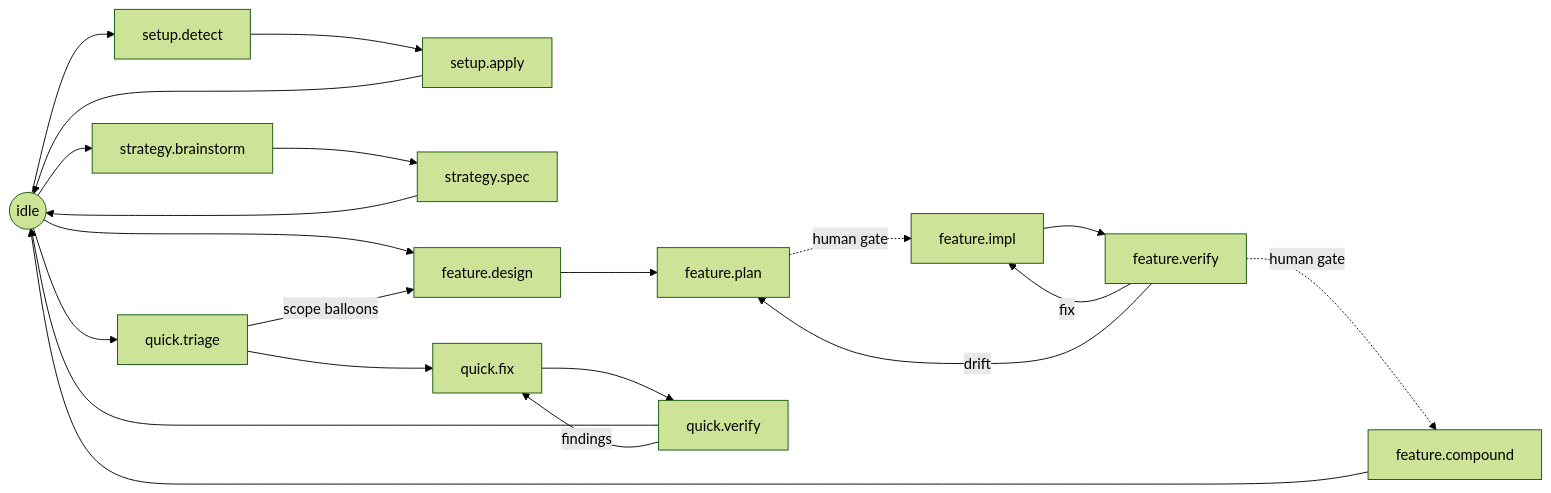
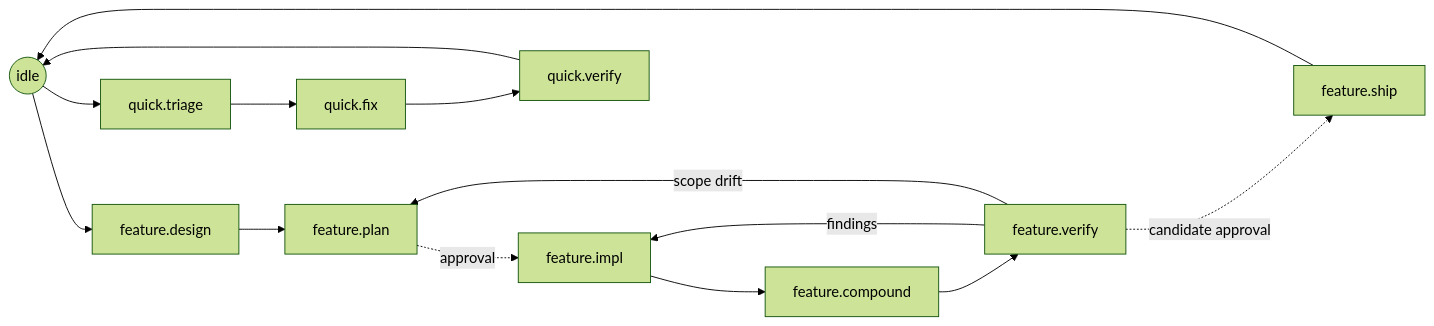
One commit to LennardZuendorf/vibe changed the diagram in docs/spec/parts/flow/flows/workflow-surface.md. Above: the diagram before and after it, drawn with Mermaid (forest theme). The commit also changed other lines of this file and 598 other files, not shown here.

Commit message:
feat(flow): implement flow-workflow/1-6,8

````diff
--- a/docs/spec/parts/flow/flows/workflow-surface.md
+++ b/docs/spec/parts/flow/flows/workflow-surface.md
@@ -29,14 +31,10 @@
 ```mermaid
 flowchart LR
-    I((idle)) --> SD[setup.detect] --> SA[setup.apply] --> I
-    I --> SB[strategy.brainstorm] --> SS[strategy.spec]
-    SS --> I
-    I --> FD[feature.design] --> FP[feature.plan]
-    FP -. human gate .-> FI[feature.impl] --> FV[feature.verify]
-    FV -. human gate .-> FC[feature.compound] --> I
-    FV -->|fix| FI
-    FV -->|drift| FP
+    I((idle)) --> FD[feature.design] --> FP[feature.plan]
+    FP -. approval .-> FI[feature.impl] --> FC[feature.compound]
+    FC --> FV[feature.verify] -. candidate approval .-> FS[feature.ship]
+    FS --> I
+    FV -->|findings| FI
+    FV -->|scope drift| FP
     I --> QT[quick.triage] --> QF[quick.fix] --> QV[quick.verify] --> I
-    QV -->|findings| QF
-    QT -->|scope balloons| FD
 ```
````
